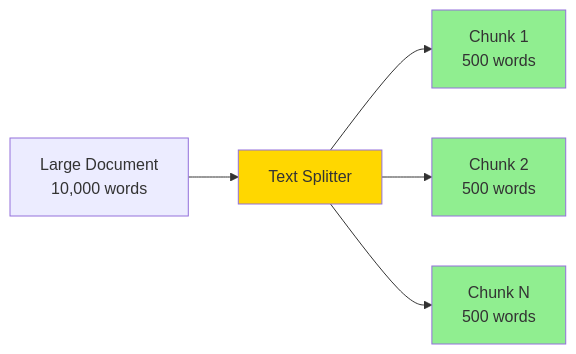
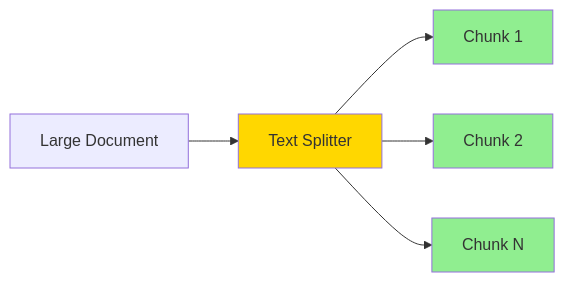
One commit to Kadiwalhussain/LangChain changed the first of 14 diagrams in 12.TextSplitters/README.md. Above: the diagram before and after it, drawn with Mermaid. The commit also changed other lines of this file and 2 other files, not shown here.

Commit message:
fix: corrected Mermaid diagrams in all README files

````diff
--- a/12.TextSplitters/README.md
+++ b/12.TextSplitters/README.md
@@ -23,12 +23,12 @@
 ```mermaid
 graph LR
-    A[Large Document<br/>10,000 words] --> B[Text Splitter]
-    B --> C[Chunk 1<br/>500 words]
-    B --> D[Chunk 2<br/>500 words]
-    B --> E[Chunk N<br/>500 words]
+    A[Large Document] --> B[Text Splitter]
+    B --> C[Chunk 1]
+    B --> D[Chunk 2]
+    B --> E[Chunk N]
     
     style B fill:#FFD700
     style C fill:#90EE90
     style D fill:#90EE90
     style E fill:#90EE90
 ```
````
